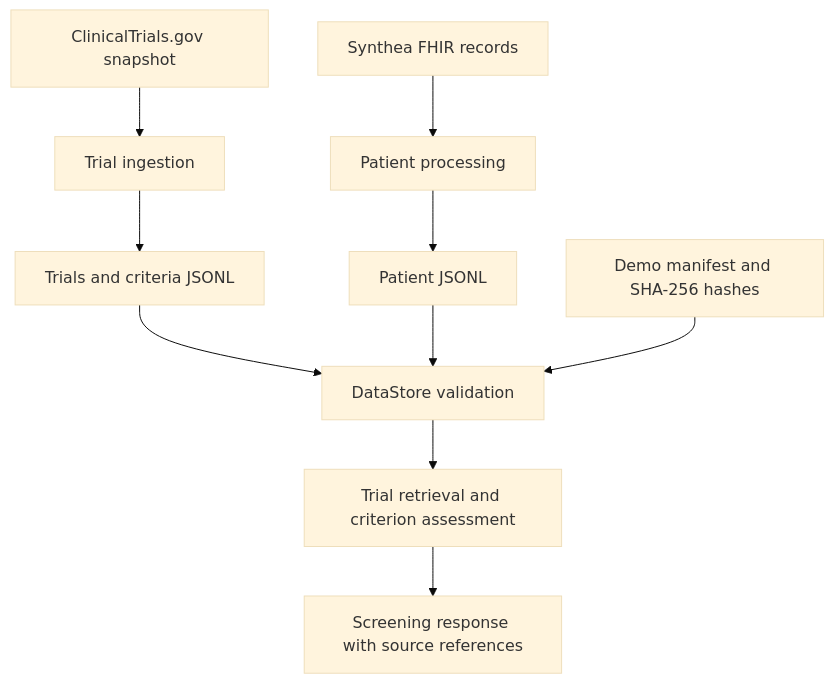
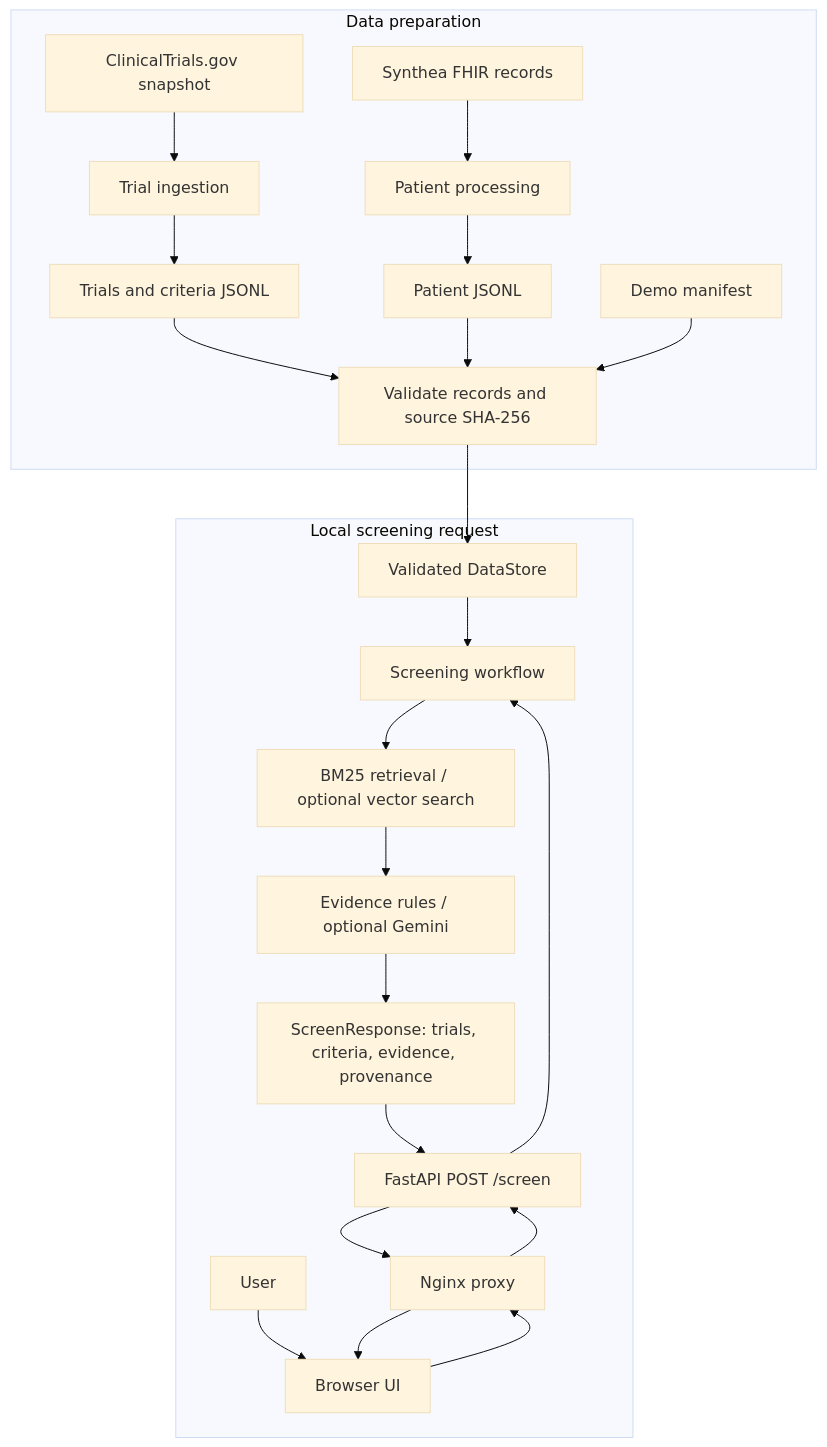
The second of 3 diagrams in docs/ms4/APPLICATION_DESIGN.md (liujiaxi0301/TrialMatch), drawn with Mermaid (base theme) before and after one commit. The commit also changed other lines of this file and 1 other file, not shown here.

````diff
--- a/docs/ms4/APPLICATION_DESIGN.md
+++ b/docs/ms4/APPLICATION_DESIGN.md
@@ -68,12 +64,26 @@
 ```mermaid
 flowchart TD
-    trials[ClinicalTrials.gov snapshot] --> ingest[Trial ingestion]
-    synthea[Synthea FHIR records] --> normalize[Patient processing]
-    ingest --> files1[Trials and criteria JSONL]
-    normalize --> files2[Patient JSONL]
-    files1 --> validation[DataStore validation]
-    files2 --> validation
-    manifest[Demo manifest and SHA-256 hashes] --> validation
-    validation --> screening[Trial retrieval and criterion assessment]
-    screening --> result[Screening response with source references]
+    subgraph Preparation["Data preparation"]
+        CTG["ClinicalTrials.gov snapshot"] --> ING["Trial ingestion"]
+        FHIR["Synthea FHIR records"] --> PP["Patient processing"]
+        ING --> TC["Trials and criteria JSONL"]
+        PP --> P["Patient JSONL"]
+        TC --> CHECK["Validate records and source SHA-256"]
+        P --> CHECK
+        MAN["Demo manifest"] --> CHECK
+    end
+    subgraph Runtime["Local screening request"]
+        USER["User"] --> UI["Browser UI"]
+        UI --> NGINX["Nginx proxy"]
+        NGINX --> API["FastAPI POST /screen"]
+        API --> WF["Screening workflow"]
+        STORE["Validated DataStore"] --> WF
+        WF --> RET["BM25 retrieval / optional vector search"]
+        RET --> JUDGE["Evidence rules / optional Gemini"]
+        JUDGE --> RESULT["ScreenResponse: trials, criteria, evidence, provenance"]
+        RESULT --> API
+        API --> NGINX
+        NGINX --> UI
+    end
+    CHECK --> STORE
 ```
````
